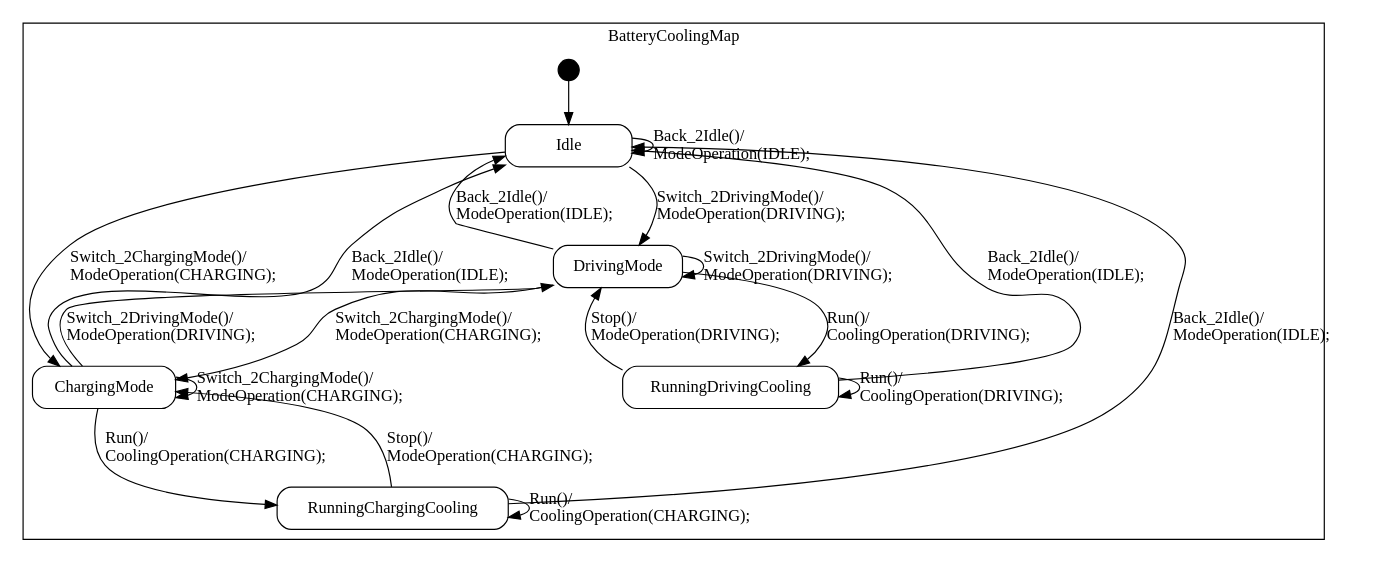
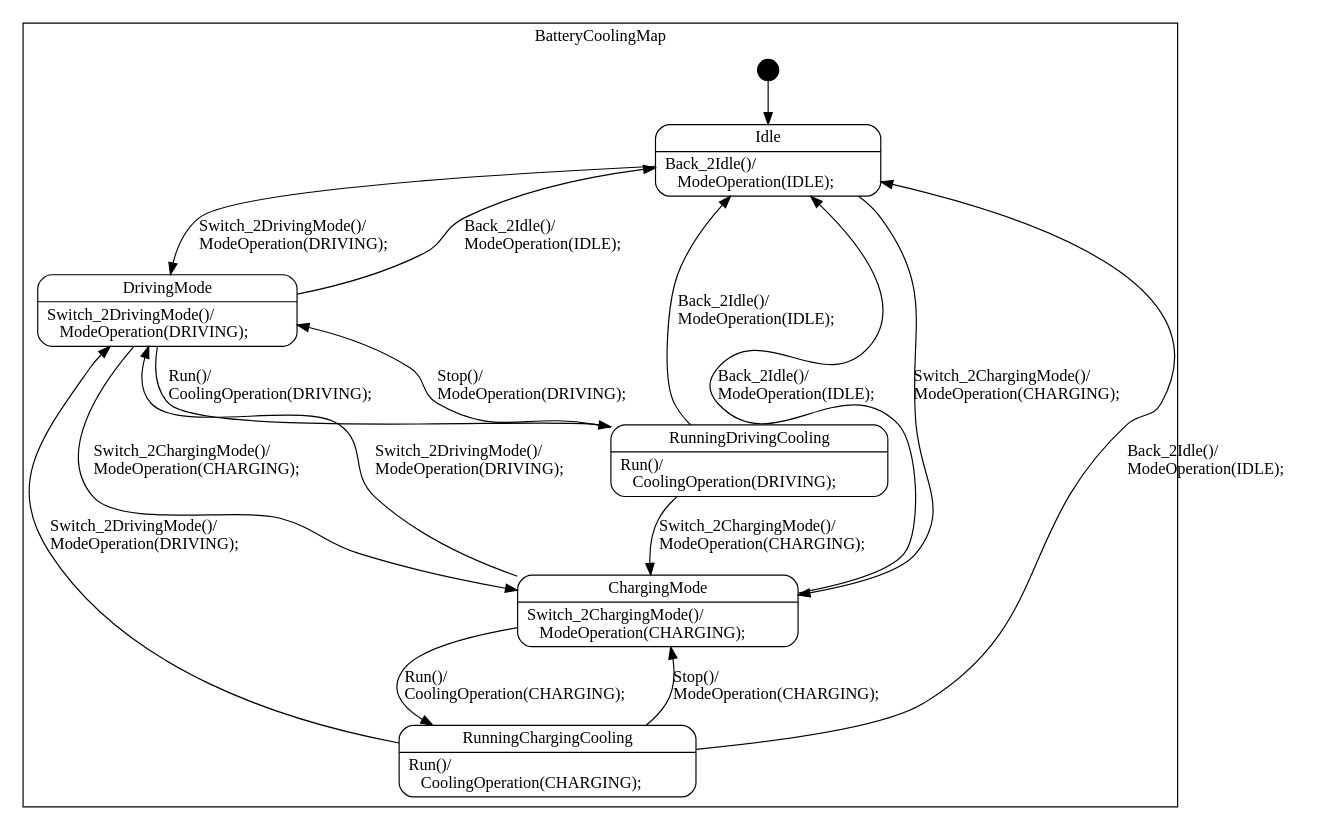
One commit to Hsu1685/SMC-Learning changed the diagram in C-practice/BatteryCooling_ES80/BatteryCooling_ES80_sm.dot. Above: the diagram before and after it, drawn with Graphviz. The commit also changed 2 other files, not shown here.

```diff
--- a/C-practice/BatteryCooling_ES80/BatteryCooling_ES80_sm.dot
+++ b/C-practice/BatteryCooling_ES80/BatteryCooling_ES80_sm.dot
@@ -1,90 +1,81 @@
 digraph BatteryCooling_ES80 {
 
     node
         [shape=Mrecord width=1.5];
 
     subgraph cluster_BatteryCoolingMap {
 
         label="BatteryCoolingMap";
 
         //
         // States (Nodes)
         //
 
         "BatteryCoolingMap::Idle"
-            [label="{Idle}"];
+            [label="{Idle|Back_2Idle()/\l&nbsp;&nbsp;&nbsp;ModeOperation(IDLE);\l}"];
 
         "BatteryCoolingMap::DrivingMode"
-            [label="{DrivingMode}"];
+            [label="{DrivingMode|Switch_2DrivingMode()/\l&nbsp;&nbsp;&nbsp;ModeOperation(DRIVING);\l}"];
 
         "BatteryCoolingMap::ChargingMode"
-            [label="{ChargingMode}"];
+            [label="{ChargingMode|Switch_2ChargingMode()/\l&nbsp;&nbsp;&nbsp;ModeOperation(CHARGING);\l}"];
 
         "BatteryCoolingMap::RunningDrivingCooling"
-            [label="{RunningDrivingCooling}"];
+            [label="{RunningDrivingCooling|Run()/\l&nbsp;&nbsp;&nbsp;CoolingOperation(DRIVING);\l}"];
 
         "BatteryCoolingMap::RunningChargingCooling"
-            [label="{RunningChargingCooling}"];
+            [label="{RunningChargingCooling|Run()/\l&nbsp;&nbsp;&nbsp;CoolingOperation(CHARGING);\l}"];
 
         "%start"
             [label="" shape=circle style=filled fillcolor=black width=0.25];
 
         //
         // Transitions (Edges)
         //
 
         "BatteryCoolingMap::Idle" -> "BatteryCoolingMap::DrivingMode"
             [label="Switch_2DrivingMode()/\lModeOperation(DRIVING);\l"];
 
         "BatteryCoolingMap::Idle" -> "BatteryCoolingMap::ChargingMode"
             [label="Switch_2ChargingMode()/\lModeOperation(CHARGING);\l"];
 
-        "BatteryCoolingMap::Idle" -> "BatteryCoolingMap::Idle"
-            [label="Back_2Idle()/\lModeOperation(IDLE);\l"];
-
         "BatteryCoolingMap::DrivingMode" -> "BatteryCoolingMap::Idle"
             [label="Back_2Idle()/\lModeOperation(IDLE);\l"];
-
-        "BatteryCoolingMap::DrivingMode" -> "BatteryCoolingMap::DrivingMode"
-            [label="Switch_2DrivingMode()/\lModeOperation(DRIVING);\l"];
 
         "BatteryCoolingMap::DrivingMode" -> "BatteryCoolingMap::ChargingMode"
             [label="Switch_2ChargingMode()/\lModeOperation(CHARGING);\l"];
 
         "BatteryCoolingMap::DrivingMode" -> "BatteryCoolingMap::RunningDrivingCooling"
             [label="Run()/\lCoolingOperation(DRIVING);\l"];
 
         "BatteryCoolingMap::ChargingMode" -> "BatteryCoolingMap::Idle"
             [label="Back_2Idle()/\lModeOperation(IDLE);\l"];
 
-        "BatteryCoolingMap::ChargingMode" -> "BatteryCoolingMap::ChargingMode"
-            [label="Switch_2ChargingMode()/\lModeOperation(CHARGING);\l"];
-
         "BatteryCoolingMap::ChargingMode" -> "BatteryCoolingMap::DrivingMode"
             [label="Switch_2DrivingMode()/\lModeOperation(DRIVING);\l"];
 
         "BatteryCoolingMap::ChargingMode" -> "BatteryCoolingMap::RunningChargingCooling"
             [label="Run()/\lCoolingOperation(CHARGING);\l"];
-
-        "BatteryCoolingMap::RunningDrivingCooling" -> "BatteryCoolingMap::RunningDrivingCooling"
-            [label="Run()/\lCoolingOperation(DRIVING);\l"];
 
         "BatteryCoolingMap::RunningDrivingCooling" -> "BatteryCoolingMap::DrivingMode"
             [label="Stop()/\lModeOperation(DRIVING);\l"];
 
         "BatteryCoolingMap::RunningDrivingCooling" -> "BatteryCoolingMap::Idle"
             [label="Back_2Idle()/\lModeOperation(IDLE);\l"];
 
-        "BatteryCoolingMap::RunningChargingCooling" -> "BatteryCoolingMap::RunningChargingCooling"
-            [label="Run()/\lCoolingOperation(CHARGING);\l"];
+        "BatteryCoolingMap::RunningDrivingCooling" -> "BatteryCoolingMap::ChargingMode"
+            [label="Switch_2ChargingMode()/\lModeOperation(CHARGING);\l"];
 
         "BatteryCoolingMap::RunningChargingCooling" -> "BatteryCoolingMap::ChargingMode"
             [label="Stop()/\lModeOperation(CHARGING);\l"];
 
         "BatteryCoolingMap::RunningChargingCooling" -> "BatteryCoolingMap::Idle"
             [label="Back_2Idle()/\lModeOperation(IDLE);\l"];
 
+        "BatteryCoolingMap::RunningChargingCooling" -> "BatteryCoolingMap::DrivingMode"
+            [label="Switch_2DrivingMode()/\lModeOperation(DRIVING);\l"];
+
         "%start" -> "BatteryCoolingMap::Idle"
     }
 
 }
```
